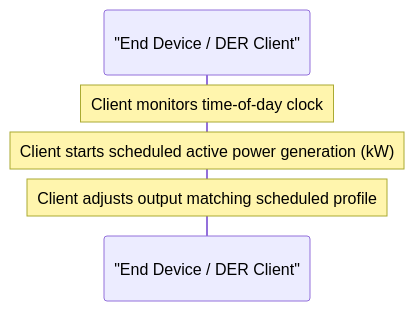
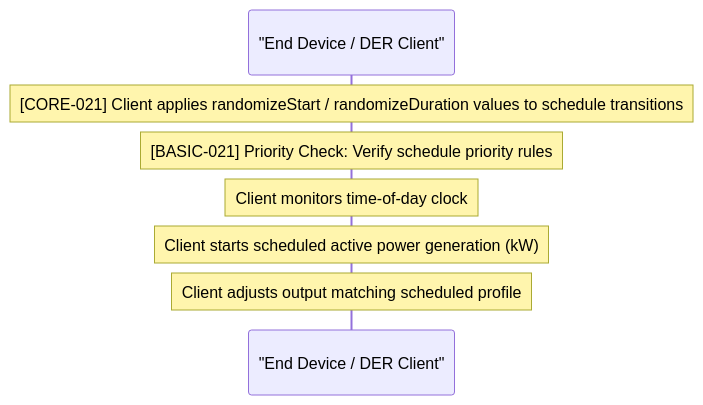
Before and after one commit to Tylores/egot: the fourth of 6 diagrams in lifecycles/energy_scheduling.md, drawn with Mermaid. The commit also changed other lines of this file and 68 other files, not shown here.

Commit message:
refactor: migrate to microservices architecture, add validation tools and scenario tests

````diff
--- a/lifecycles/energy_scheduling.md
+++ b/lifecycles/energy_scheduling.md
@@ -67,9 +105,11 @@
 ```mermaid
 sequenceDiagram
     autonumber
     participant Client as "End Device / DER Client"
 
+    Note over Client: [CORE-021] Client applies randomizeStart / randomizeDuration values to schedule transitions
+    Note over Client: [BASIC-021] Priority Check: Verify schedule priority rules
     Note over Client: Client monitors time-of-day clock
     Note over Client: Client starts scheduled active power generation (kW)
     Note over Client: Client adjusts output matching scheduled profile
 ```
````
